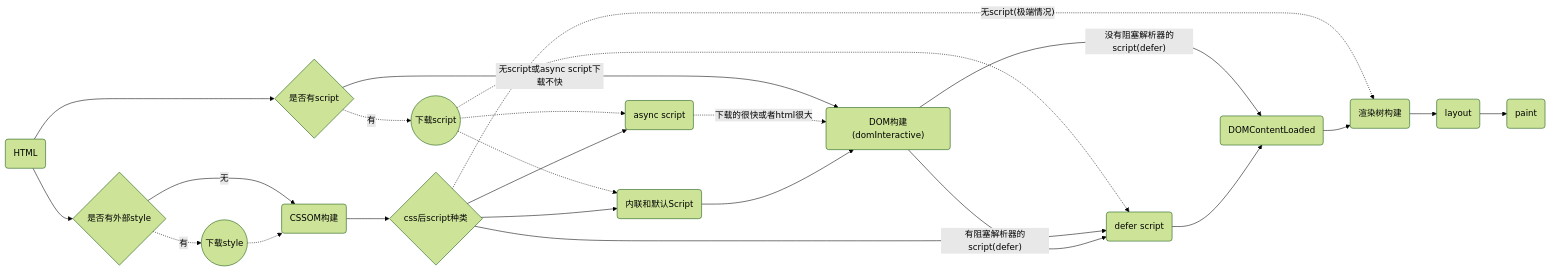
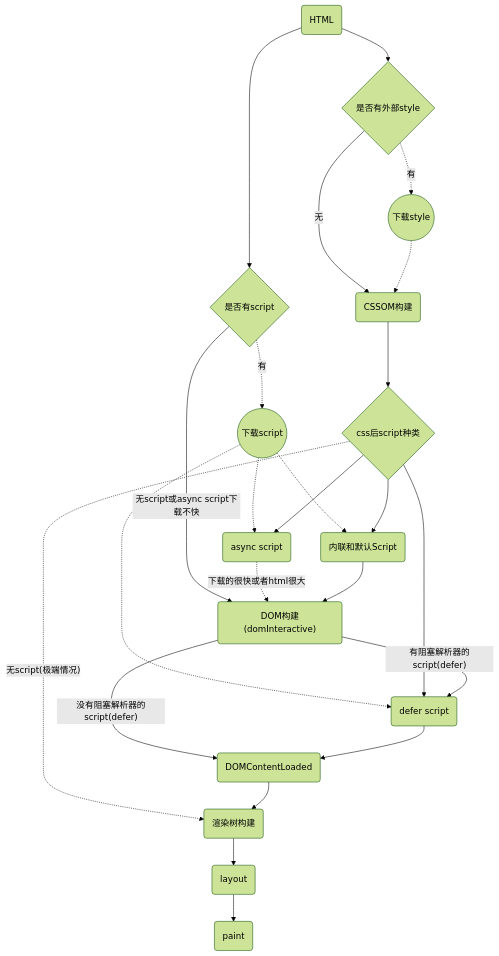
The diagram in 2015-12-21-Load.md (pbdm/posts), drawn with Mermaid (forest theme) before and after one commit. The commit also changed 18 other files, not shown here.

````diff
--- a/2015-12-21-Load.md
+++ b/2015-12-21-Load.md
@@ -119,41 +119,41 @@
 ```mermaid
-graph LR
+graph TD
 a{是否有script}
 c{是否有外部style}
 b{css后script种类}
 B(HTML)
 J("CSSOM构建")
 C(内联和默认Script)
 A((下载style))
 D((下载script))
 E("defer script")
 F("async script")
 G(DOMContentLoaded)
 I("DOM构建(domInteractive)")
 K(渲染树构建)
 L(layout)
 M(paint)
 a -.有.-> D
 B --> c
 c -.有.-> A
 c --无--> J
 A .-> J
 B --> a
 D .-> C
 D .-> E
 D .-> F
 a --无script或async script下载不快--> I
 J --> b
 b --> F
 b --> C
 b --> E
 b -."无script(极端情况)".-> K
 I --"有阻塞解析器的script(defer)"--> E
 I --"没有阻塞解析器的script(defer)"--> G
 E --> G
 F -.下载的很快或者html很大.-> I
 G --> K
 C --> I
 K --> L
 L --> M
 ```
````
